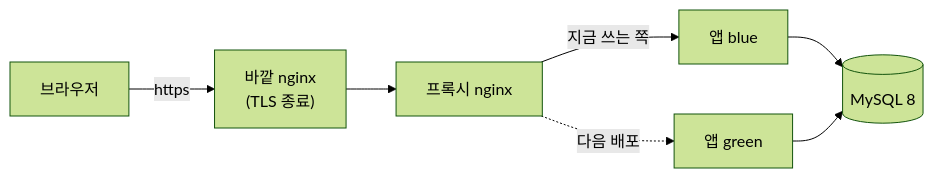
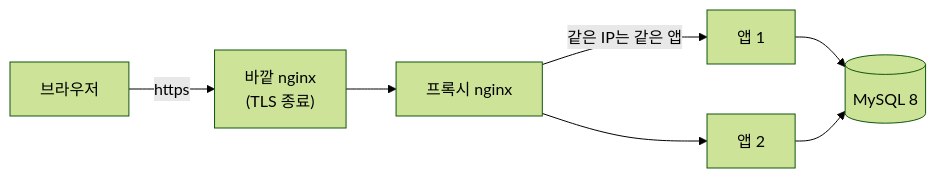
Before and after one commit to blogJJ/blog-server: the diagram in README.md, drawn with Mermaid (forest theme). The commit also changed other lines of this file and 1 other file, not shown here.

````diff
--- a/README.md
+++ b/README.md
@@ -58,9 +58,9 @@
 ```mermaid
 flowchart LR
     user["브라우저"] -->|https| outer["바깥 nginx<br/>(TLS 종료)"]
     outer --> proxy["프록시 nginx"]
-    proxy -->|지금 쓰는 쪽| blue["앱 blue"]
-    proxy -.->|다음 배포| green["앱 green"]
-    blue --> db[("MySQL 8")]
-    green --> db
+    proxy -->|같은 IP는 같은 앱| app1["앱 1"]
+    proxy --> app2["앱 2"]
+    app1 --> db[("MySQL 8")]
+    app2 --> db
 ```
````
